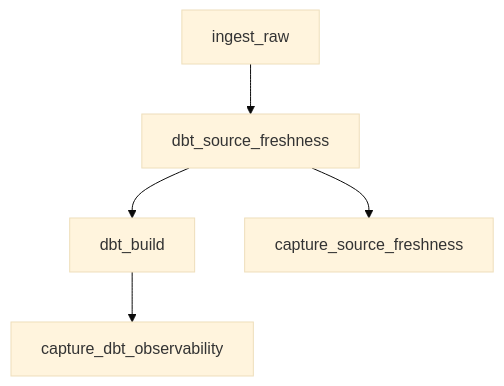
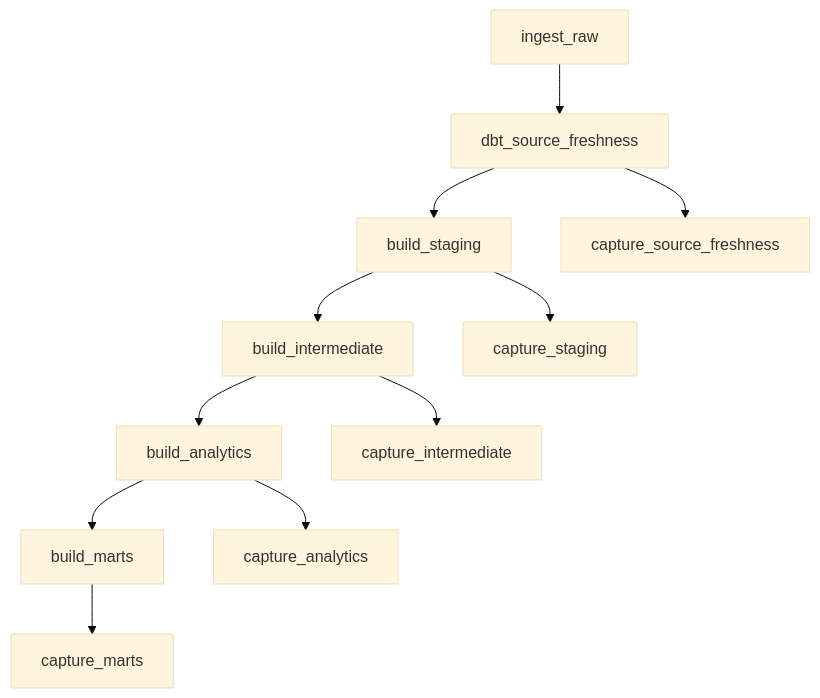
One commit to comerlatto/modern-data-platform changed the second of 4 diagrams in README.md. Above: the diagram before and after it, drawn with Mermaid (base theme). The commit also changed other lines of this file and 2 other files, not shown here.

Commit message:
feat: split dbt pipeline into layer gates

````diff
--- a/README.md
+++ b/README.md
@@ -76,7 +77,14 @@
 ```mermaid
 flowchart TD
     A[ingest_raw] --> B[dbt_source_freshness]
-    B --> C[dbt_build]
-    B --> D[capture_source_freshness]
-    C --> E[capture_dbt_observability]
+    B --> C[build_staging]
+    C --> D[build_intermediate]
+    D --> E[build_analytics]
+    E --> F[build_marts]
+
+    B --> O1[capture_source_freshness]
+    C --> O2[capture_staging]
+    D --> O3[capture_intermediate]
+    E --> O4[capture_analytics]
+    F --> O5[capture_marts]
 ```
````
